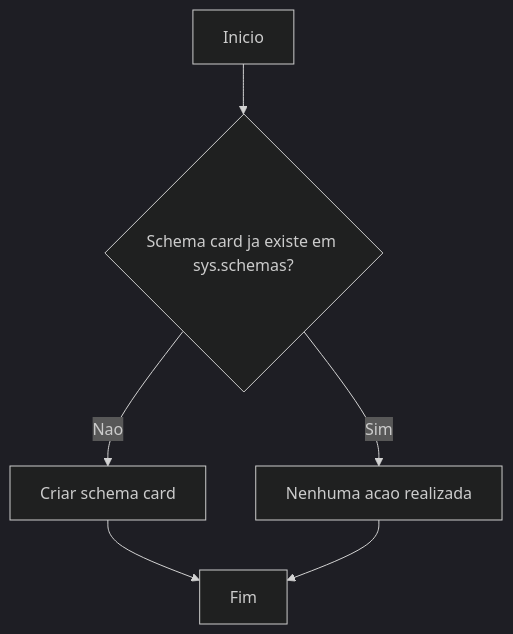
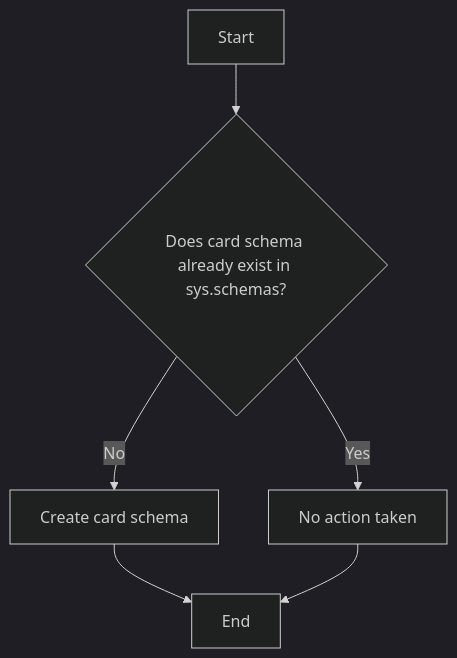
One commit to gft-us-wynxx/GftUs.Samples.NovoCard.SQL changed the diagram in doc/database/schemas/02_card.md. Above: the diagram before and after it, drawn with Mermaid (dark theme). The commit also changed other lines of this file and 35 other files, not shown here.

````diff
--- a/doc/database/schemas/02_card.md
+++ b/doc/database/schemas/02_card.md
@@ -31,8 +31,8 @@
 ```mermaid
 graph TD
-    A[Inicio] --> B{Schema card ja existe em sys.schemas?}
-    B -- Sim --> C[Nenhuma acao realizada]
-    B -- Nao --> D[Criar schema card]
-    D --> E[Fim]
+    A[Start] --> B{Does card schema already exist in sys.schemas?}
+    B -- Yes --> C[No action taken]
+    B -- No --> D[Create card schema]
+    D --> E[End]
     C --> E
 ```
````
